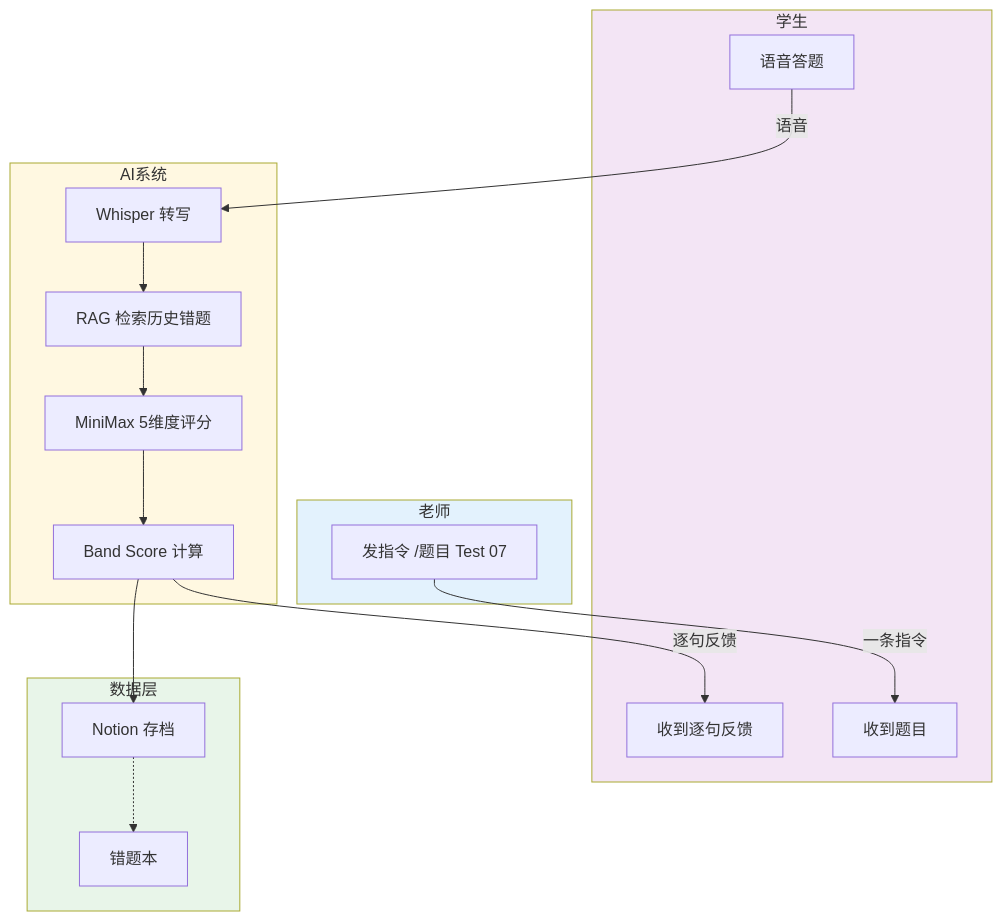
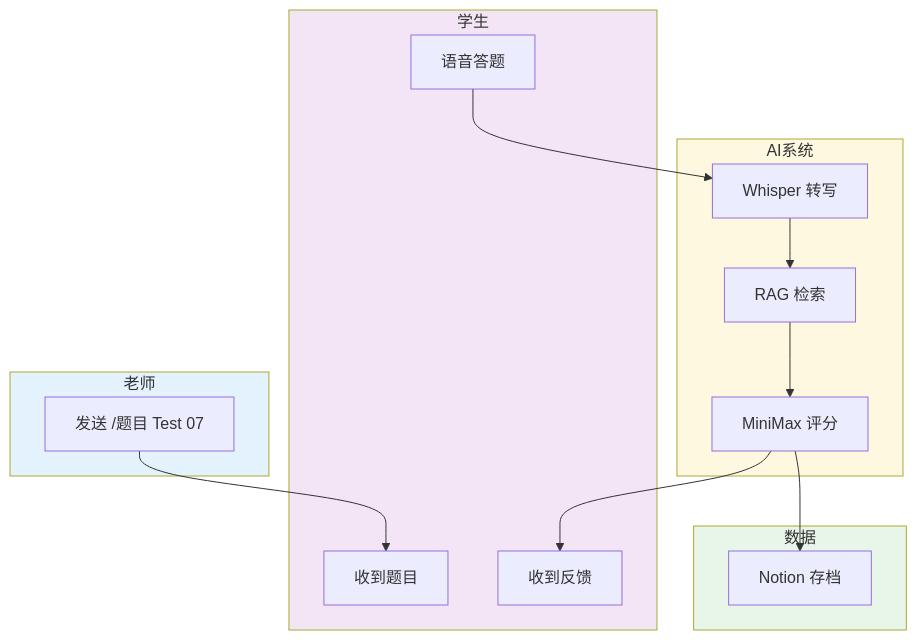
Before and after one commit to KaichenCurry/ielts-speaking-ai: the diagram in README.md, drawn with Mermaid. The commit also changed other lines of this file and 1 other file, not shown here.

````diff
--- a/README.md
+++ b/README.md
@@ -25,36 +51,32 @@
 ```mermaid
 flowchart TD
     subgraph 老师
-        A["发指令 /题目 Test 07"]
+        A["发送 /题目 Test 07"]
     end
 
     subgraph 学生
         B["收到题目"]
         C["语音答题"]
-        D["收到逐句反馈"]
+        D["收到反馈"]
     end
 
     subgraph AI系统
         E["Whisper 转写"]
-        F["RAG 检索历史错题"]
-        G["MiniMax 5维度评分"]
-        H["Band Score 计算"]
+        F["RAG 检索"]
+        G["MiniMax 评分"]
     end
 
-    subgraph 数据层
-        I["Notion 存档"]
-        J["错题本"]
+    subgraph 数据
+        H["Notion 存档"]
     end
 
-    A -->|"一条指令"| B
-    C -->|"语音"| E
-    E --> F --> G --> H
-    H -->|"逐句反馈"| D
-    H --> I
-    I -.-> J
+    A --> B
+    C --> E --> F --> G
+    G --> D
+    G --> H
 
     style 老师 fill:#e3f2fd
     style 学生 fill:#f3e5f5
     style AI系统 fill:#fff8e1
-    style 数据层 fill:#e8f5e9
+    style 数据 fill:#e8f5e9
 ```
````
